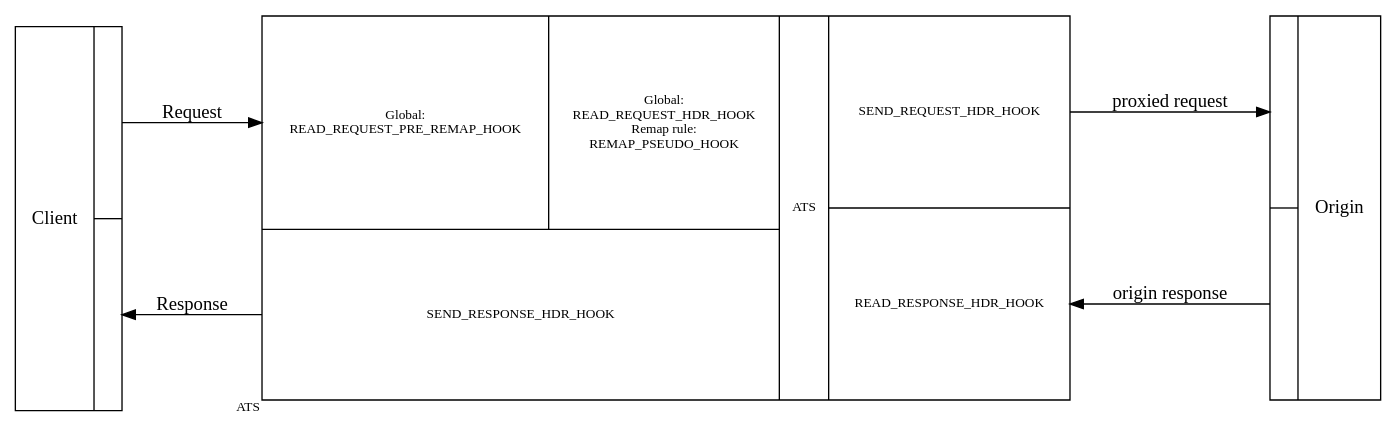
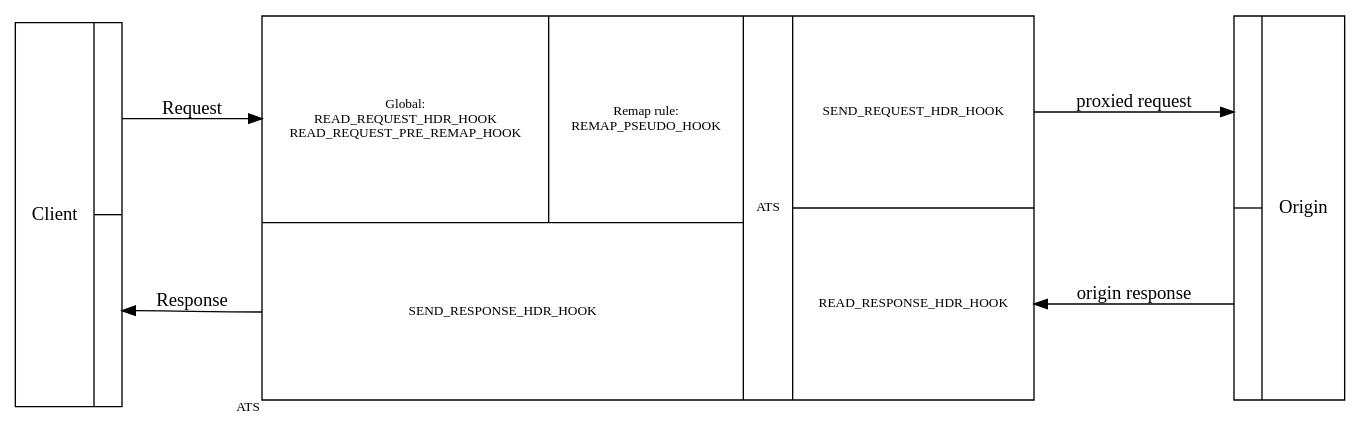
Before and after one commit to apache/trafficserver: the diagram in doc/admin-guide/plugins/header_rewrite.en.rst, drawn with Graphviz.

Commit message:
Re-order READ_REQUEST_ HDR_HOOK and PRE_REMAP_HOOK
#5795 notes that READ_REQUEST_HDR_HOOK and READ_REQUEST_PRE_REMAP_HOOK
in the diagram are reversed from actual.
The state diagram in
https://docs.trafficserver.apache.org/en/8.0.x/developer-guide/plugins/hooks-and-transactions/index.en.html#http-transaction-state-diagram
show that READ_REQUEST is before
PRE_REMAP.

```diff
--- a/doc/admin-guide/plugins/header_rewrite.en.rst
+++ b/doc/admin-guide/plugins/header_rewrite.en.rst
@@ -875,17 +875,17 @@
 .. graphviz::
    :alt: header rewrite hooks
 
    digraph header_rewrite_hooks {
      graph [rankdir = LR];
      node[shape=record];
 
      Client[height=4, label="{ Client|{<p1>|<p2>} }"];
-     ATS[height=4, fontsize=10,label="{ {{<clientside0>Global:\nREAD_REQUEST_PRE_REMAP_HOOK|<clientside01>Global:\nREAD_REQUEST_HDR_HOOK\nRemap rule:\nREMAP_PSEUDO_HOOK}|<clientside1>SEND_RESPONSE_HDR_HOOK}|ATS |{<originside0>SEND_REQUEST_HDR_HOOK|<originside1>READ_RESPONSE_HDR_HOOK} }",xlabel="ATS"];
+     ATS[height=4, fontsize=10,label="{ {{<clientside0>Global:\nREAD_REQUEST_HDR_HOOK\nREAD_REQUEST_PRE_REMAP_HOOK|<clientside01>Remap rule:\nREMAP_PSEUDO_HOOK}|<clientside1>SEND_RESPONSE_HDR_HOOK}|ATS |{<originside0>SEND_REQUEST_HDR_HOOK|<originside1>READ_RESPONSE_HDR_HOOK} }",xlabel="ATS"];
      Origin[height=4, label="{ {<request>|<response>}|Origin }"];
 
      Client:p1 -> ATS:clientside0 [ label = "Request" ];
      ATS:originside0 -> Origin:request [ label="proxied request" ];
 
      Origin:response -> ATS:originside1 [ label="origin response" ];
      ATS:clientside1 -> Client:p2 [ label = "Response" ];
    }
```
